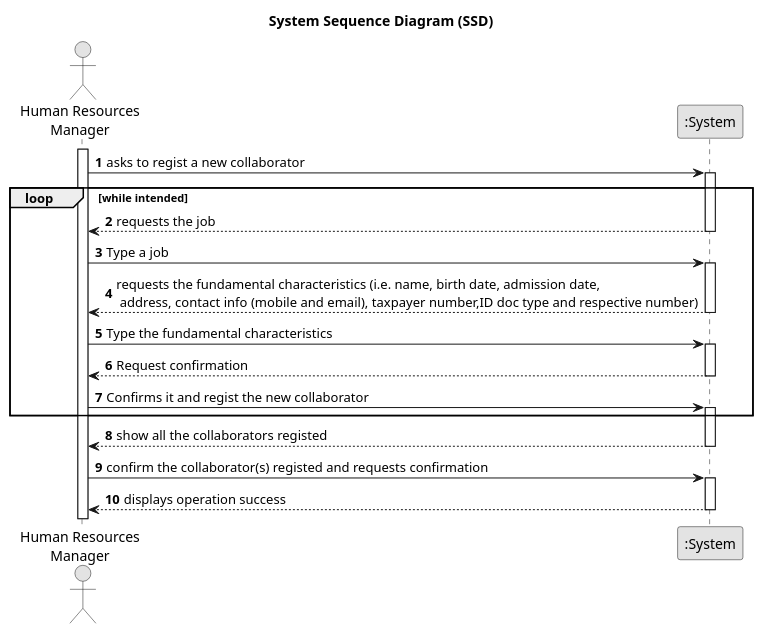
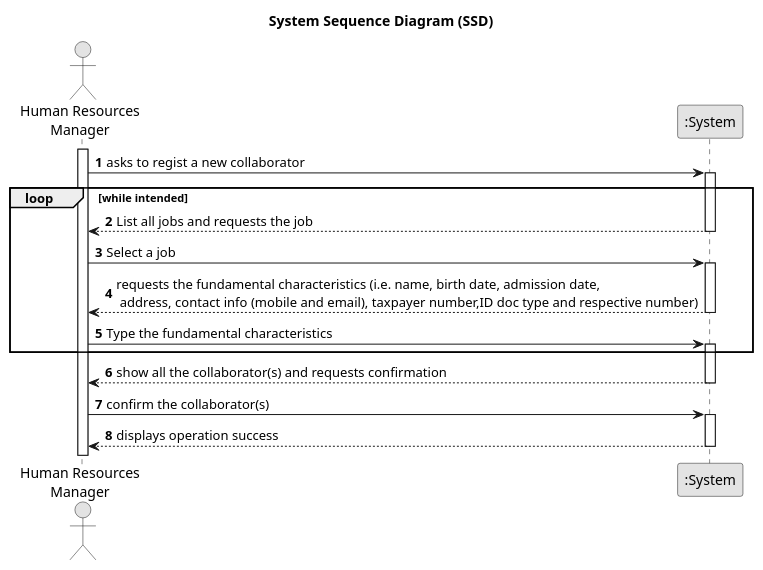
One commit to 1231360-ISEP/lei-24-s2-1db-g021 changed the diagram in docs/sprint2/us003/01.requirements-engineering/puml/us003-system-sequence-diagram-alternative-one.puml. Above: the diagram before and after it, drawn with PlantUML. The commit also changed 1 other file, not shown here.

```diff
--- a/docs/sprint2/us003/01.requirements-engineering/puml/us003-system-sequence-diagram-alternative-one.puml
+++ b/docs/sprint2/us003/01.requirements-engineering/puml/us003-system-sequence-diagram-alternative-one.puml
@@ -1,44 +1,40 @@
 @startuml
 skinparam monochrome true
 skinparam packageStyle rectangle
 skinparam shadowing false
 
 title System Sequence Diagram (SSD)
 
 autonumber
 
 actor "Human Resources\nManager" as HRM
 participant ":System" as System
 
 activate HRM
 
     HRM -> System : asks to regist a new collaborator
     activate System
 
     loop while intended
-            System --> HRM : requests the job
+            System --> HRM : List all jobs and requests the job
         deactivate System
-        HRM -> System : Type a job
+        HRM -> System : Select a job
         activate System
 
         System --> HRM : requests the fundamental characteristics (i.e. name, birth date, admission date,\n address, contact info (mobile and email), taxpayer number,ID doc type and respective number)
         deactivate System
         HRM -> System : Type the fundamental characteristics
         activate System
-        System --> HRM : Request confirmation
-        deactivate System
-        HRM -> System : Confirms it and regist the new collaborator
-        activate System
     end
 
-        System --> HRM : show all the collaborators registed
+        System --> HRM : show all the collaborator(s) and requests confirmation
     deactivate System
 
-    HRM -> System : confirm the collaborator(s) registed and requests confirmation
+    HRM -> System : confirm the collaborator(s)
     activate System
 
     System --> HRM : displays operation success
     deactivate System
 
 
 @enduml
```
